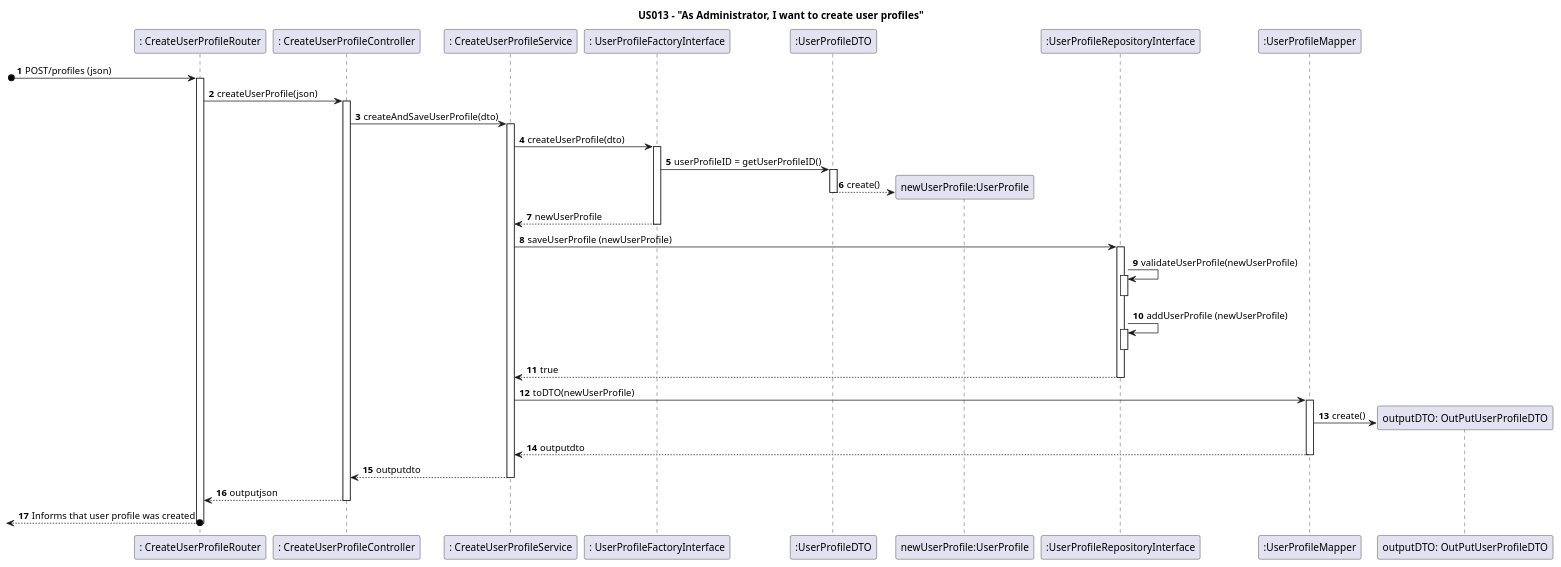
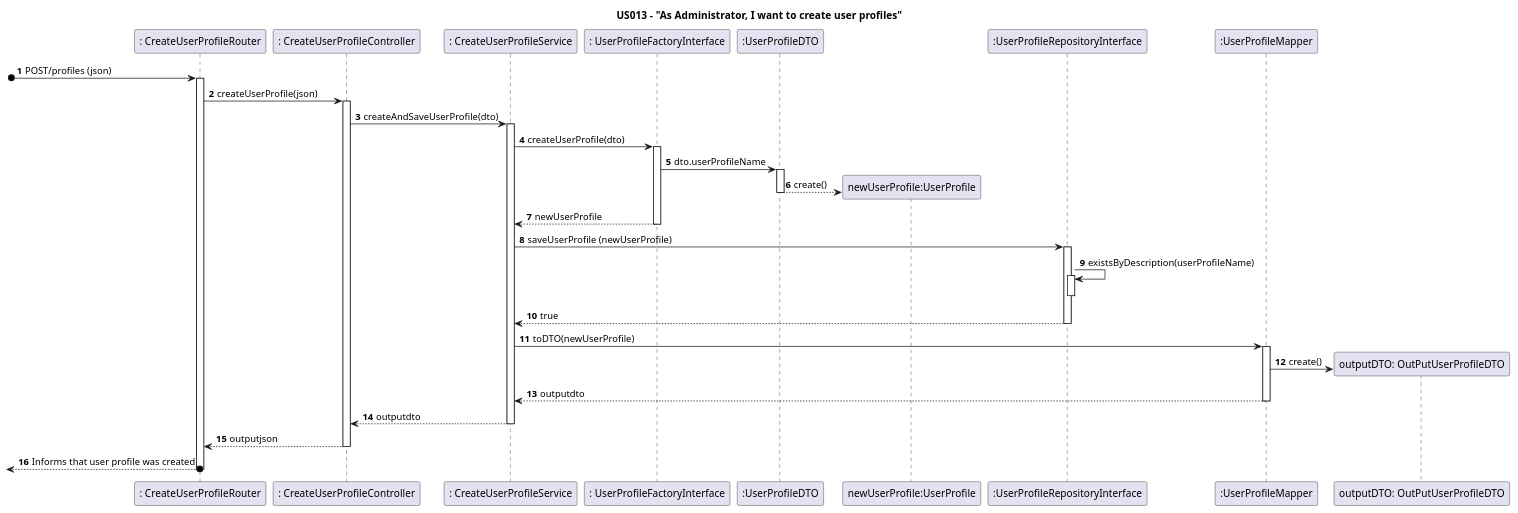
One commit to nunogon1211787/projectManagement changed the diagram in docs/Sprint1/US013/US13-SD-DDD.puml. Above: the diagram before and after it, drawn with PlantUML. The commit also changed 10 other files, not shown here.

Commit message:
US013 - Sequence and Class Diagram + UserProfileRepositoryReengTest (close #165)

```diff
--- a/docs/Sprint1/US013/US13-SD-DDD.puml
+++ b/docs/Sprint1/US013/US13-SD-DDD.puml
@@ -1,45 +1,44 @@
 @startuml
 'https://plantuml.com/sequence-diagram
 
 autoactivate on
 autonumber
 
 title US013 - "As Administrator, I want to create user profiles"
 participant ": CreateUserProfileRouter" as System
 participant ": CreateUserProfileController" as Ctrl
 participant ": CreateUserProfileService" as C1
 participant ": UserProfileFactoryInterface" as C3
 participant ":UserProfileDTO" as C2
 participant "newUserProfile:UserProfile" as C4
 participant ":UserProfileRepositoryInterface" as C5
 participant ":UserProfileMapper" as C6
 participant "outputDTO: OutPutUserProfileDTO" as C2.1
 
 
 [o-> System: POST/profiles (json)
 System -> Ctrl: createUserProfile(json)
 Ctrl -> C1: createAndSaveUserProfile(dto)
 C1 -> C3: createUserProfile(dto)
-C3 -> C2 : userProfileID = getUserProfileID()
+C3 -> C2 : dto.userProfileName
 C2 --> C4 **: create()
 deactivate
 return newUserProfile
 C1 -> C5 : saveUserProfile (newUserProfile)
-C5 -> C5 : validateUserProfile(newUserProfile)
-deactivate
-C5 -> C5: addUserProfile (newUserProfile)
+C5 -> C5 : existsByDescription(userProfileName)
+
 deactivate
 return true
 C1 -> C6: toDTO(newUserProfile)
 C6 -> C2.1 **: create()
 
 return outputdto
 return outputdto
 return outputjson
 return Informs that user profile was created
 
 
 
 
 
 @enduml
```
